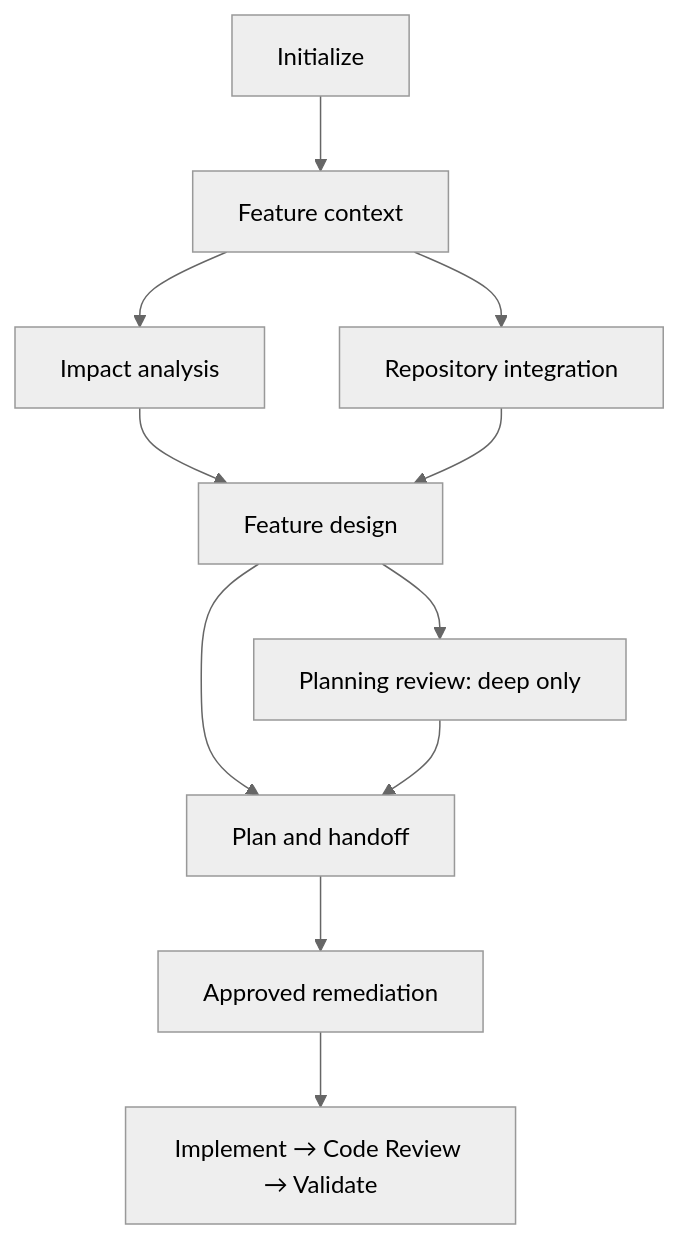
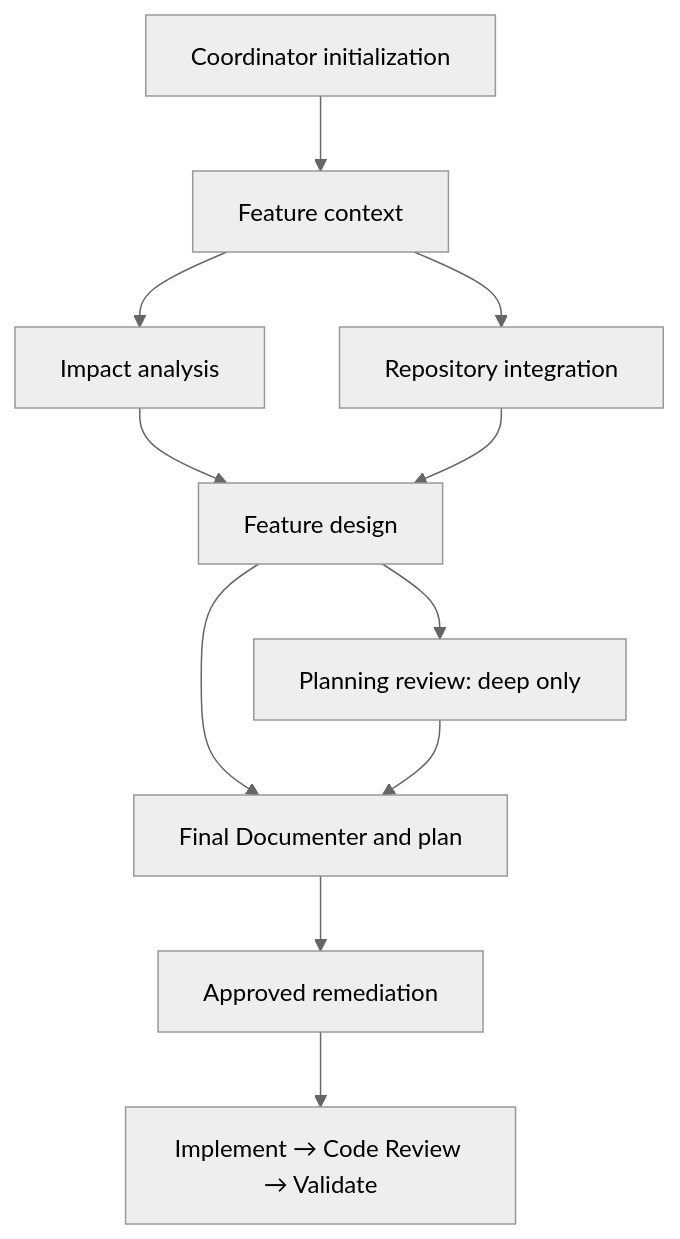
Before and after one commit to daniel-galvan/ai-engineering-workflow-framework: the second of 5 diagrams in PLAYBOOK_CATALOG.md, drawn with Mermaid (neutral theme). The commit also changed other lines of this file and 22 other files, not shown here.

````diff
--- a/PLAYBOOK_CATALOG.md
+++ b/PLAYBOOK_CATALOG.md
@@ -45,13 +46,13 @@
 ```mermaid
 flowchart TB
-    A["Initialize"] --> B["Feature context"]
+    A["Coordinator initialization"] --> B["Feature context"]
     B --> C["Impact analysis"]
     B --> D["Repository integration"]
     C --> E["Feature design"]
     D --> E
     E --> F["Planning review: deep only"]
-    E --> G["Plan and handoff"]
+    E --> G["Final Documenter and plan"]
     F --> G
     G --> H["Approved remediation"]
     H --> I["Implement → Code Review → Validate"]
 ```
````
